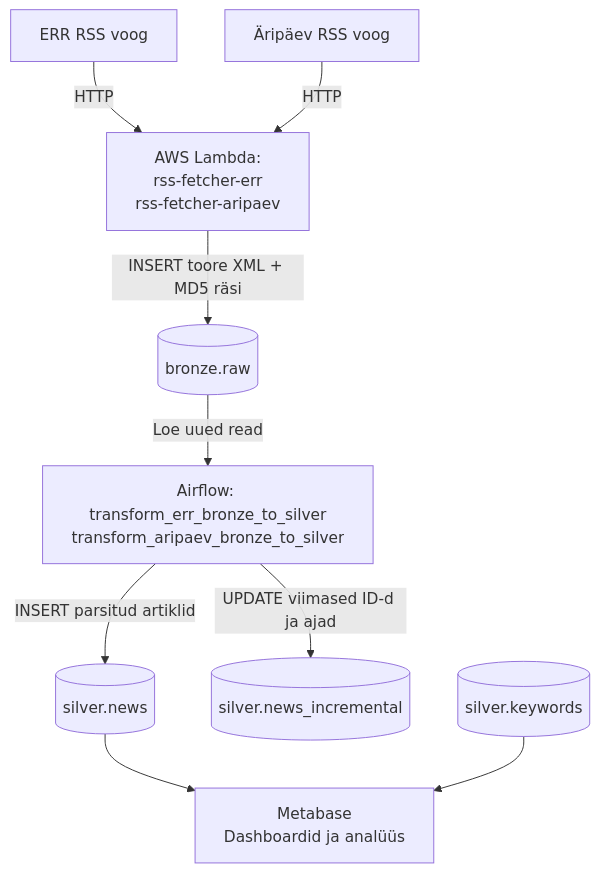
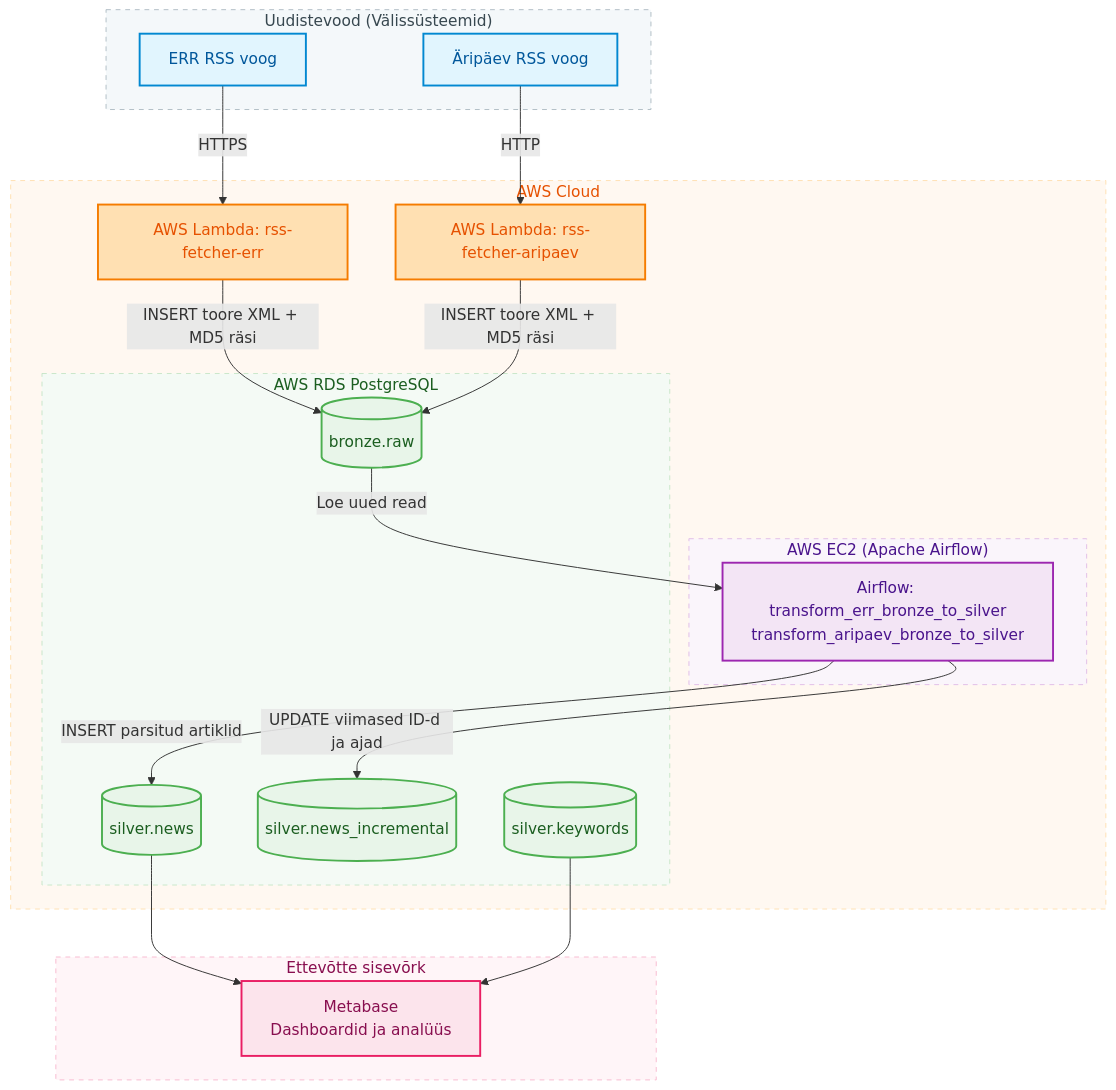
The first of 2 diagrams in docs/arhitektuur.md (kaidokariste/ut-aik-grupitoo), drawn with Mermaid before and after one commit. The commit also changed other lines of this file and 1 other file, not shown here.

Commit message:
Sprint 2 fix

````diff
--- a/docs/arhitektuur.md
+++ b/docs/arhitektuur.md
@@ -22,15 +22,58 @@
 ```mermaid
 flowchart TD
-    RSS1["ERR RSS voog"]
-    RSS2["Äripäev RSS voog"]
+    subgraph ALLIKAD["Uudistevood (Välissüsteemid)"]
+        RSS1["ERR RSS voog"]
+        RSS2["Äripäev RSS voog"]
+    end
 
-    RSS1 & RSS2 -->|HTTP| LAMBDA["AWS Lambda: <br>rss-fetcher-err<br>rss-fetcher-aripaev"]
-    LAMBDA -->|INSERT toore XML + MD5 räsi| BRONZE[("bronze.raw")]
+    subgraph INGEST["AWS Cloud"]
+        LAMBDA1["AWS Lambda: rss-fetcher-err"]
+        LAMBDA2["AWS Lambda: rss-fetcher-aripaev"]
+        subgraph TRANS["AWS EC2 (Apache Airflow)"]
+            AIRFLOW["Airflow: <br>transform_err_bronze_to_silver<br>transform_aripaev_bronze_to_silver"]
+        end
+            subgraph STORAGE["AWS RDS PostgreSQL"]
+        BRONZE[("bronze.raw")]
+        SILVER_NEWS[("silver.news")]
+        SILVER_INC[("silver.news_incremental")]
+        KEYWORDS[("silver.keywords")]
+        end
+    end
 
-    BRONZE -->|Loe uued read| AIRFLOW["Airflow: <br>transform_err_bronze_to_silver<br>transform_aripaev_bronze_to_silver"]
-    AIRFLOW -->|INSERT parsitud artiklid| SILVER_NEWS[("silver.news")]
-    AIRFLOW -->|UPDATE viimased ID-d ja ajad| SILVER_INC[("silver.news_incremental")]
+    subgraph VISUAL["Ettevõtte sisevõrk"]
+        METABASE["Metabase<br>Dashboardid ja analüüs"]
+    end
 
-    SILVER_NEWS --> METABASE["Metabase<br>Dashboardid ja analüüs"]
-    KEYWORDS[("silver.keywords")] --> METABASE
+    RSS1 -->|HTTPS| LAMBDA1
+    RSS2 -->|HTTP| LAMBDA2
+    LAMBDA1 -->|INSERT toore XML + MD5 räsi| BRONZE
+    LAMBDA2 -->|INSERT toore XML + MD5 räsi| BRONZE
+
+    BRONZE -->|Loe uued read| AIRFLOW
+    AIRFLOW -->|INSERT parsitud artiklid| SILVER_NEWS
+    AIRFLOW -->|UPDATE viimased ID-d ja ajad| SILVER_INC
+
+    SILVER_NEWS --> METABASE
+    KEYWORDS --> METABASE
+
+    %% Stiiliklassid ja teemad
+    classDef allikas fill:#E1F5FE,stroke:#0288D1,stroke-width:2px,color:#01579B;
+    classDef lambda fill:#FFE0B2,stroke:#F57C00,stroke-width:2px,color:#E65100;
+    classDef andmed fill:#E8F5E9,stroke:#4CAF50,stroke-width:2px,color:#1B5E20;
+    classDef airflow fill:#F3E5F5,stroke:#9C27B0,stroke-width:2px,color:#4A148C;
+    classDef metabase fill:#FCE4EC,stroke:#E91E63,stroke-width:2px,color:#880E4F;
+
+    %% Klasside omistamine elementidele
+    class RSS1,RSS2 allikas;
+    class LAMBDA1,LAMBDA2 lambda;
+    class BRONZE,SILVER_NEWS,SILVER_INC,KEYWORDS andmed;
+    class AIRFLOW airflow;
+    class METABASE metabase;
+    
+    %% Subgraphide stiilid
+    style ALLIKAD fill:#F4F8FA,stroke:#B0BEC5,stroke-width:1px,stroke-dasharray: 5 5,color:#37474F
+    style INGEST fill:#FFF8F1,stroke:#FFE0B2,stroke-width:1px,stroke-dasharray: 5 5,color:#E65100
+    style STORAGE fill:#F4FAF5,stroke:#C8E6C9,stroke-width:1px,stroke-dasharray: 5 5,color:#1B5E20
+    style TRANS fill:#FAF5FB,stroke:#E1BEE7,stroke-width:1px,stroke-dasharray: 5 5,color:#4A148C
+    style VISUAL fill:#FFF5F8,stroke:#F8BBD0,stroke-width:1px,stroke-dasharray: 5 5,color:#880E4F
 ```
````
